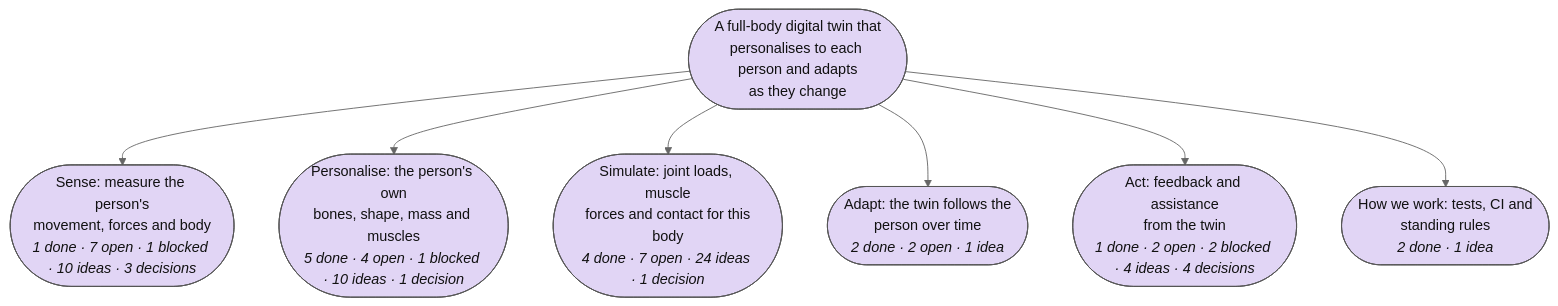
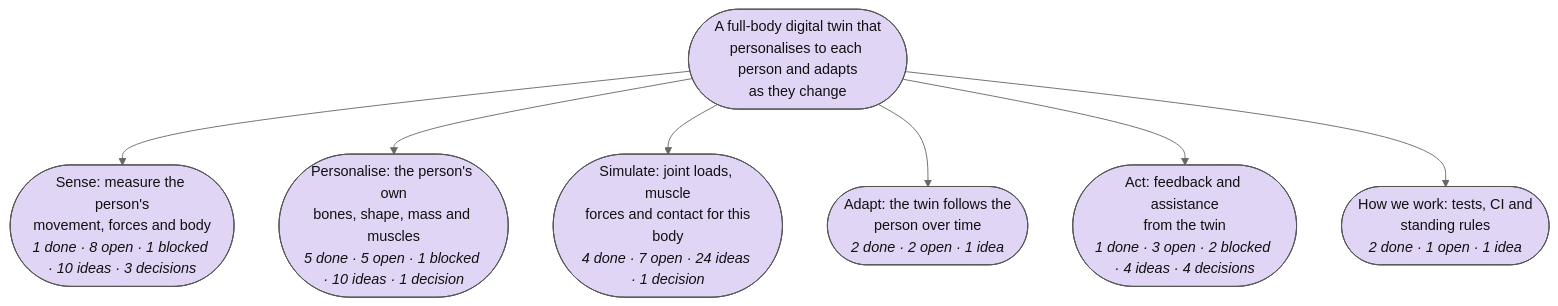
The first of 7 diagrams in plan/MAP.md (Sigurius23/Rehab-agent), drawn with Mermaid (neutral theme) before and after one commit. The commit also changed other lines of this file and 14 other files, not shown here.

````diff
--- a/plan/MAP.md
+++ b/plan/MAP.md
@@ -9,35 +9,35 @@
 ```mermaid
 flowchart TB
   r(["A full-body digital twin that<br/>personalises to each person and adapts<br/>as they change"]):::goal_open
-  p0(["Sense: measure the person's<br/>movement, forces and body<br/><i>1 done · 7 open · 1 blocked · 10 ideas · 3 decisions</i>"]):::goal_open
+  p0(["Sense: measure the person's<br/>movement, forces and body<br/><i>1 done · 8 open · 1 blocked · 10 ideas · 3 decisions</i>"]):::goal_open
   r --> p0
-  p1(["Personalise: the person's own<br/>bones, shape, mass and muscles<br/><i>5 done · 4 open · 1 blocked · 10 ideas · 1 decision</i>"]):::goal_open
+  p1(["Personalise: the person's own<br/>bones, shape, mass and muscles<br/><i>5 done · 5 open · 1 blocked · 10 ideas · 1 decision</i>"]):::goal_open
   r --> p1
   p2(["Simulate: joint loads, muscle<br/>forces and contact for this<br/>body<br/><i>4 done · 7 open · 24 ideas · 1 decision</i>"]):::goal_open
   r --> p2
   p3(["Adapt: the twin follows the<br/>person over time<br/><i>2 done · 2 open · 1 idea</i>"]):::goal_open
   r --> p3
-  p4(["Act: feedback and assistance<br/>from the twin<br/><i>1 done · 2 open · 2 blocked · 4 ideas · 4 decisions</i>"]):::goal_open
+  p4(["Act: feedback and assistance<br/>from the twin<br/><i>1 done · 3 open · 2 blocked · 4 ideas · 4 decisions</i>"]):::goal_open
   r --> p4
-  p5(["How we work: tests, CI and<br/>standing rules<br/><i>2 done · 1 idea</i>"]):::goal_open
+  p5(["How we work: tests, CI and<br/>standing rules<br/><i>2 done · 1 open · 1 idea</i>"]):::goal_open
   r --> p5
   classDef goal_open fill:#e1d5f5,stroke:#555,color:#111
   classDef goal_done fill:#c8e6c9,stroke:#555,color:#111
   classDef step_open fill:#ffffff,stroke:#555,color:#111
   classDef step_doing fill:#fff3c4,stroke:#555,color:#111
   classDef step_done fill:#c8e6c9,stroke:#555,color:#111
   classDef step_blocked fill:#ffe0b2,stroke:#555,color:#111
   classDef step_dropped fill:#eeeeee,stroke:#555,color:#111
   classDef test_planned fill:#ffffff,stroke:#555,color:#111
   classDef test_running fill:#fff3c4,stroke:#555,color:#111
   classDef test_passed fill:#c8e6c9,stroke:#555,color:#111
   classDef test_failed fill:#ffcdd2,stroke:#555,color:#111
   classDef test_mixed fill:#fff3c4,stroke:#555,color:#111
   classDef test_dropped fill:#eeeeee,stroke:#555,color:#111
   classDef idea_new fill:#d7f0f7,stroke:#555,color:#111,stroke-dasharray: 4 3
   classDef idea_promoted fill:#eeeeee,stroke:#555,color:#111,stroke-dasharray: 4 3
   classDef idea_dropped fill:#eeeeee,stroke:#555,color:#111,stroke-dasharray: 4 3
   classDef decision_open fill:#ffe0b2,stroke:#555,color:#111
   classDef decision_decided fill:#ffe0b2,stroke:#555,color:#111
   classDef external fill:#f5f5f5,stroke:#aaa,color:#777,stroke-dasharray: 2 2
 ```
````
